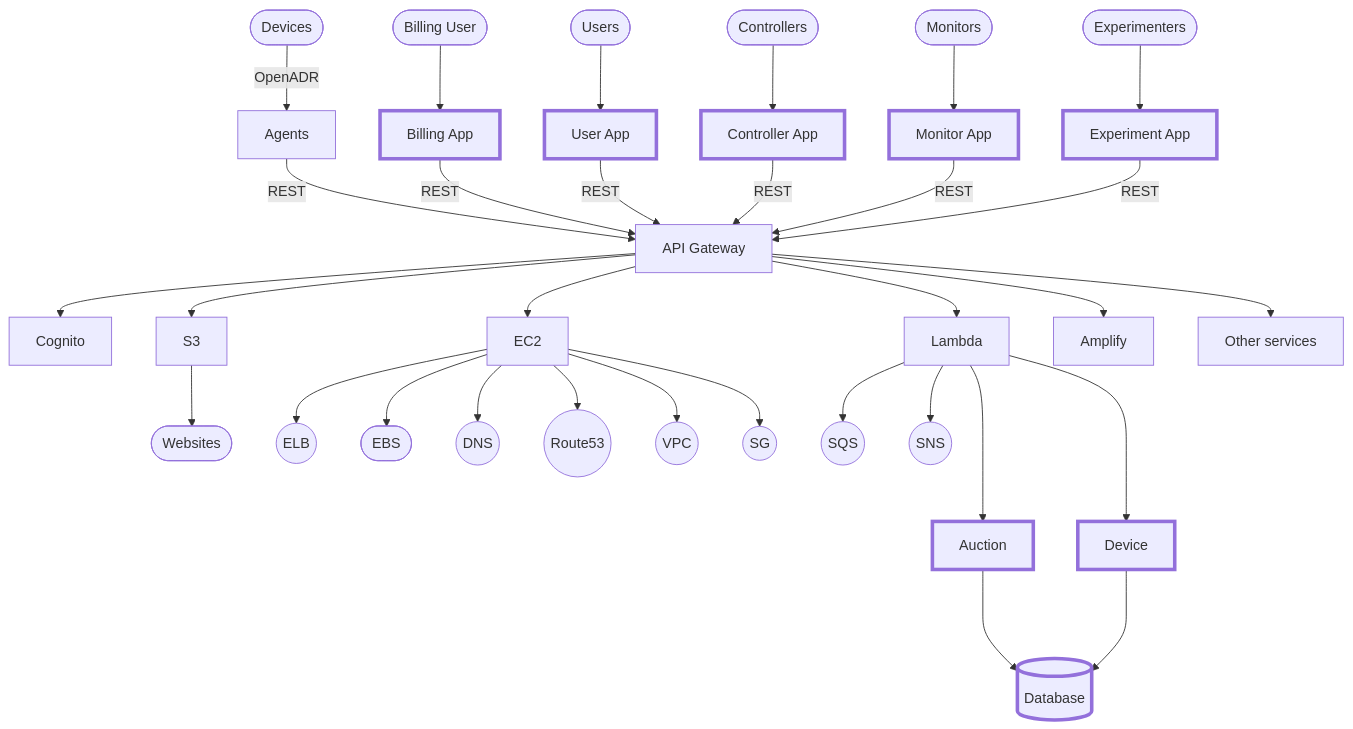
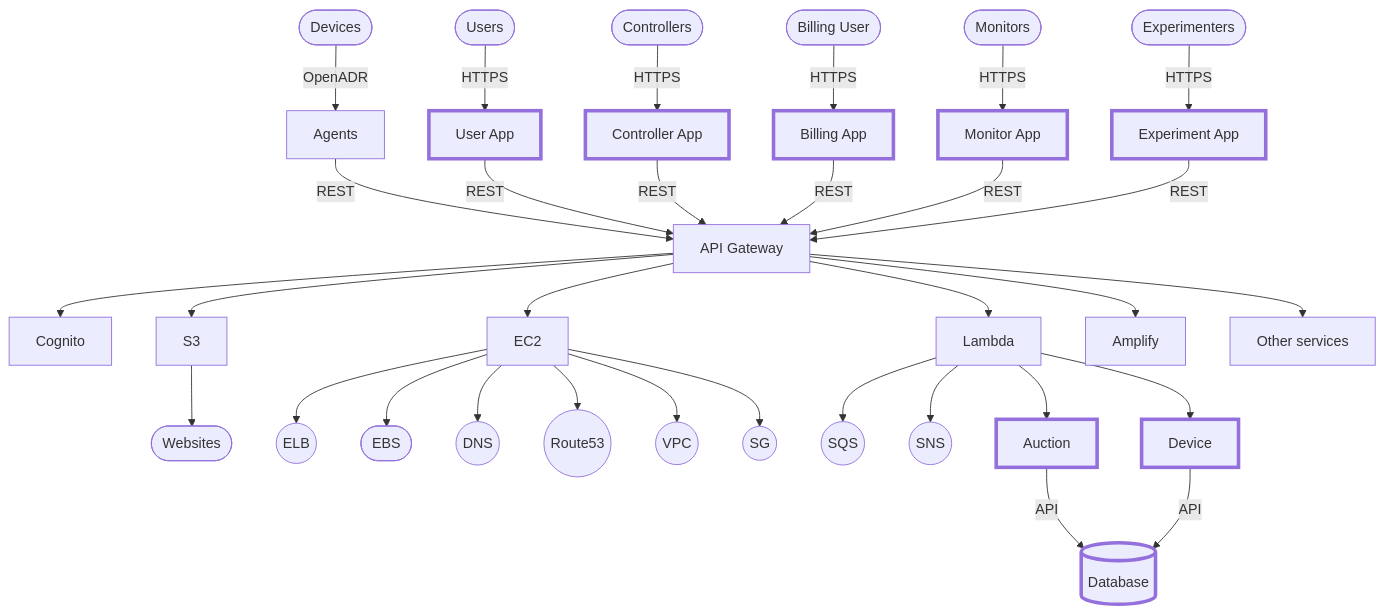
One commit to aivanova5/design changed the first of 2 diagrams in docs/README.md. Above: the diagram before and after it, drawn with Mermaid. The commit also changed other lines of this file, not shown here.

````diff
--- a/docs/README.md
+++ b/docs/README.md
@@ -1,52 +2,52 @@
 ```mermaid
 flowchart TD
   
   classDef active stroke-width:4px;
 
-  devices([Devices]) -- OpenADR --> agents  
-  agents[Agents] -- REST --> gateway[API Gateway]
+  devices([Devices]) --OpenADR--> agents  
+  agents[Agents] --REST--> gateway[API Gateway]
 
-  billing([Billing User]) --> billing_app[Billing App]:::active -- REST --> gateway
+  users([Users]) --HTTPS--> user_app[User App]:::active --REST--> gateway
+      click user_app "https://github.com/tess-v2/design/blob/main/docs/users.md" _blank
+
+  controllers([Controllers]) --HTTPS--> controller_app[Controller App]:::active --REST--> gateway
+      click controller_app "https://github.com/tess-v2/design/blob/main/docs/controllers.md" _blank
+
+  billing([Billing User]) --HTTPS--> billing_app[Billing App]:::active --REST--> gateway
       click billing_app "https://github.com/tess-v2/design/blob/main/docs/billing.md" _blank
 
-  users([Users]) --> user_app[User App]:::active -- REST --> gateway
-      click user_app "https://github.com/tess-v2/design/blob/main/docs/users.md" _blank
-
-  controllers([Controllers]) --> controller_app[Controller App]:::active -- REST --> gateway
-      click controller_app "https://github.com/tess-v2/design/blob/main/docs/controllers.md" _blank
-
-  monitors([Monitors]) --> monitor_app[Monitor App]:::active -- REST --> gateway
+  monitors([Monitors]) --HTTPS--> monitor_app[Monitor App]:::active --REST--> gateway
       click monitor_app "https://github.com/tess-v2/design/blob/main/docs/monitors.md" _blank
 
-  experiment([Experimenters]) --> experiment_app[Experiment App]:::active -- REST --> gateway
+  experiment([Experimenters]) --HTTPS--> experiment_app[Experiment App]:::active --REST--> gateway
       click experiment_app "https://github.com/tess-v2/design/blob/main/docs/experimenters.md" _blank
 
   gateway --> auth[Cognito]
   
   gateway --> s3[S3]
     s3 --> www([Websites])
   
   gateway --> ec2[EC2]
     ec2 --> elb((ELB))
     ec2 --> ebs([EBS])
     ec2 --> dns((DNS))
     ec2 --> route53((Route53))
     ec2 --> vpc((VPC))
     ec2 --> sg((SG))
   
   gateway --> lambda[Lambda]
     lambda --> sqs((SQS))
     lambda --> sns((SNS))
-    lambda ---> auction[Auction]:::active
+    lambda --> auction[Auction]:::active
       click auction "https://github.com/tess-v2/design/blob/main/docs/auction.md" _blank
-      auction ---> database[(Database)]    
-    lambda ---> device[Device]:::active
+      auction --API--> database  
+    lambda --> device[Device]:::active
       click device "https://github.com/tess-v2/design/blob/main/docs/device.md" _blank
-      device ---> database[(Database)]:::active
+      device --API--> database[(Database)]:::active
       click database "https://github.com/tess-v2/design/blob/main/docs/database.md" _blank
       
   gateway --> amplify[Amplify]
   
   gateway --> other[Other services]
   
 ```
````
